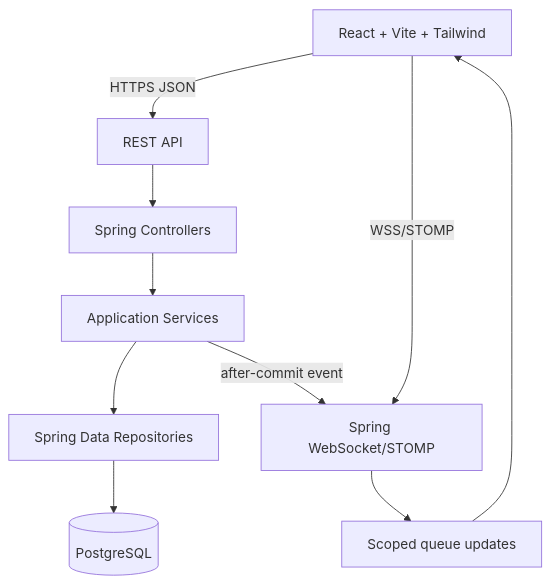
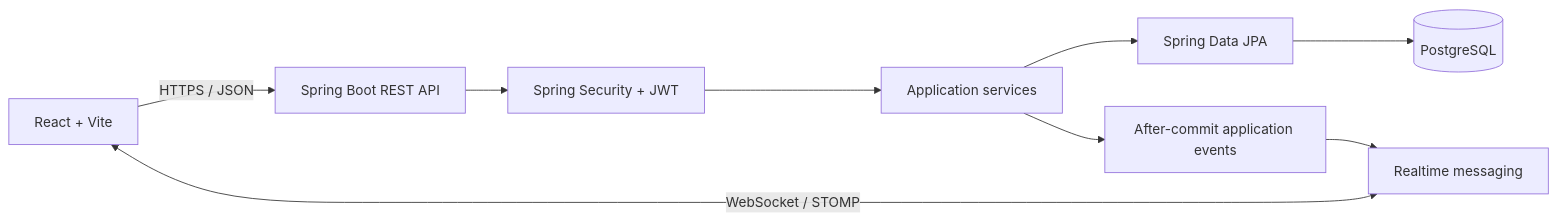
One commit to vayugautam/QueueWise changed the diagram in README.md. Above: the diagram before and after it, drawn with Mermaid. The commit also changed other lines of this file, not shown here.

Commit message:
docs: update QueueWise README to reflect implemented application

````diff
--- a/README.md
+++ b/README.md
@@ -56,18 +36,11 @@
 ```mermaid
-flowchart TD
-    Browser[React + Vite + Tailwind]
-    Rest[REST API]
-    Controllers[Spring Controllers]
-    Services[Application Services]
-    Repositories[Spring Data Repositories]
-    Database[(PostgreSQL)]
-    WebSocket[Spring WebSocket/STOMP]
-    Updates[Scoped queue updates]
-
-    Browser -->|HTTPS JSON| Rest
-    Rest --> Controllers --> Services --> Repositories --> Database
-    Browser -->|WSS/STOMP| WebSocket
-    Services -->|after-commit event| WebSocket
-    WebSocket --> Updates
-    Updates --> Browser
+flowchart LR
+    UI[React + Vite] -->|HTTPS / JSON| API[Spring Boot REST API]
+    UI <-->|WebSocket / STOMP| WS[Realtime messaging]
+    API --> SEC[Spring Security + JWT]
+    SEC --> APP[Application services]
+    APP --> REPO[Spring Data JPA]
+    REPO --> DB[(PostgreSQL)]
+    APP --> EVT[After-commit application events]
+    EVT --> WS
 ```
````
